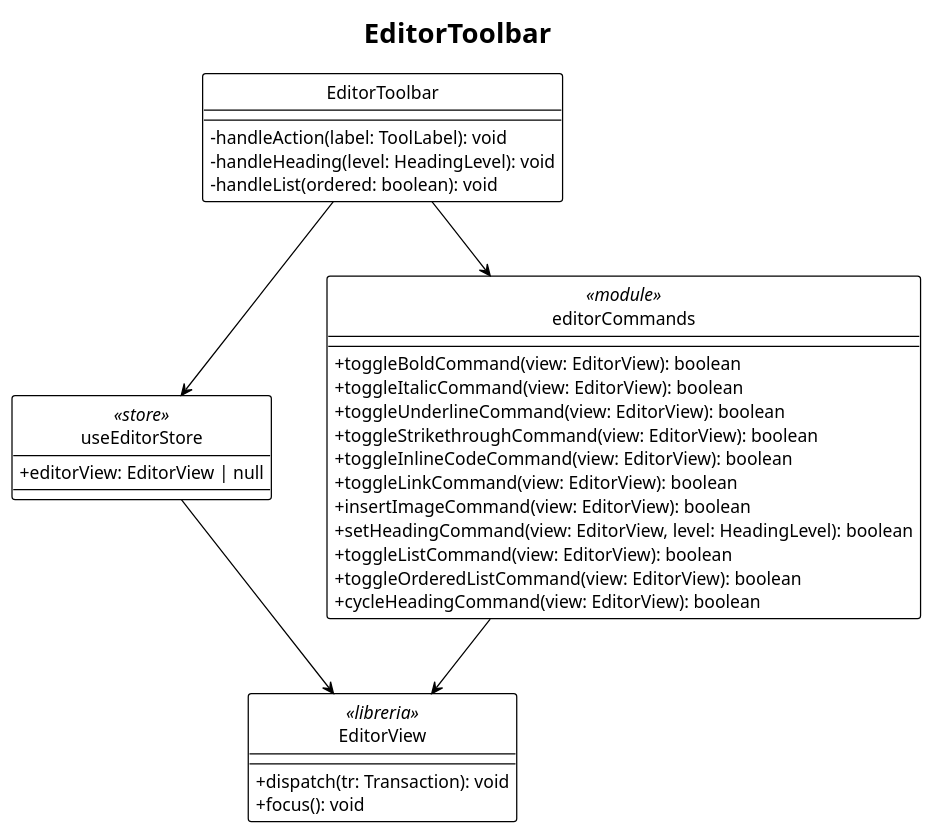
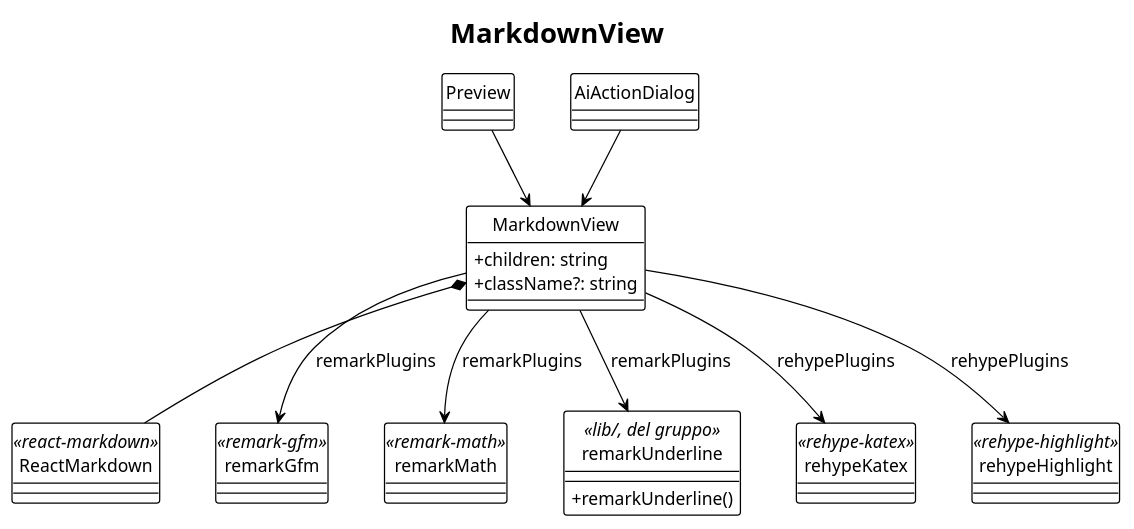
The diagram in PB/doc_esterna/specifica_tecnica/assets/plantuml/UML3.3.2-4.puml (thebitless-group-swe/thebitless.github.io), drawn with PlantUML before and after one commit. The commit also changed 35 other files, not shown here.

Commit message:
fix(ST):sistema diagrammi UML del capitolo 3.3, elimina i duplicati

```diff
--- a/PB/doc_esterna/specifica_tecnica/assets/plantuml/UML3.3.2-4.puml
+++ b/PB/doc_esterna/specifica_tecnica/assets/plantuml/UML3.3.2-4.puml
@@ -1,48 +1,50 @@
 @startuml
 !theme plain
 hide circle
 skinparam classAttributeIconSize 0
 skinparam shadowing false
 skinparam nodesep 45
 skinparam ranksep 60
 skinparam defaultFontSize 14
 
-title EditorToolbar
+title MarkdownView
 
 top to bottom direction
 
-class EditorToolbar {
-  - handleAction(label: ToolLabel): void
-  - handleHeading(level: HeadingLevel): void
-  - handleList(ordered: boolean): void
+' Le estensioni sono importate da MarkdownView e passate a ReactMarkdown
+' nelle due proprieta' remarkPlugins e rehypePlugins. Le etichette degli
+' archi riportano la proprieta' attraverso cui ciascuna viene consegnata.
+
+class Preview
+class AiActionDialog
+
+class MarkdownView {
+  + children: string
+  + className?: string
 }
 
-class useEditorStore <<store>> {
-  + editorView: EditorView | null
+class ReactMarkdown <<react-markdown>>
+
+together {
+  class remarkGfm <<remark-gfm>>
+  class remarkMath <<remark-math>>
+  class remarkUnderline <<lib/, del gruppo>> {
+    + remarkUnderline()
+  }
 }
 
-class editorCommands <<module>> {
-  + toggleBoldCommand(view: EditorView): boolean
-  + toggleItalicCommand(view: EditorView): boolean
-  + toggleUnderlineCommand(view: EditorView): boolean
-  + toggleStrikethroughCommand(view: EditorView): boolean
-  + toggleInlineCodeCommand(view: EditorView): boolean
-  + toggleLinkCommand(view: EditorView): boolean
-  + insertImageCommand(view: EditorView): boolean
-  + setHeadingCommand(view: EditorView, level: HeadingLevel): boolean
-  + toggleListCommand(view: EditorView): boolean
-  + toggleOrderedListCommand(view: EditorView): boolean
-  + cycleHeadingCommand(view: EditorView): boolean
+together {
+  class rehypeKatex <<rehype-katex>>
+  class rehypeHighlight <<rehype-highlight>>
 }
 
-class EditorView <<libreria>> {
-  + dispatch(tr: Transaction): void
-  + focus(): void
-}
-
-EditorToolbar --> useEditorStore
-EditorToolbar --> editorCommands
-editorCommands --> EditorView
-useEditorStore --> EditorView
+Preview --> MarkdownView
+AiActionDialog --> MarkdownView
+MarkdownView *-- ReactMarkdown
+MarkdownView --> remarkGfm : remarkPlugins
+MarkdownView --> remarkMath : remarkPlugins
+MarkdownView --> remarkUnderline : remarkPlugins
+MarkdownView --> rehypeKatex : rehypePlugins
+MarkdownView --> rehypeHighlight : rehypePlugins
 
 @enduml
```
